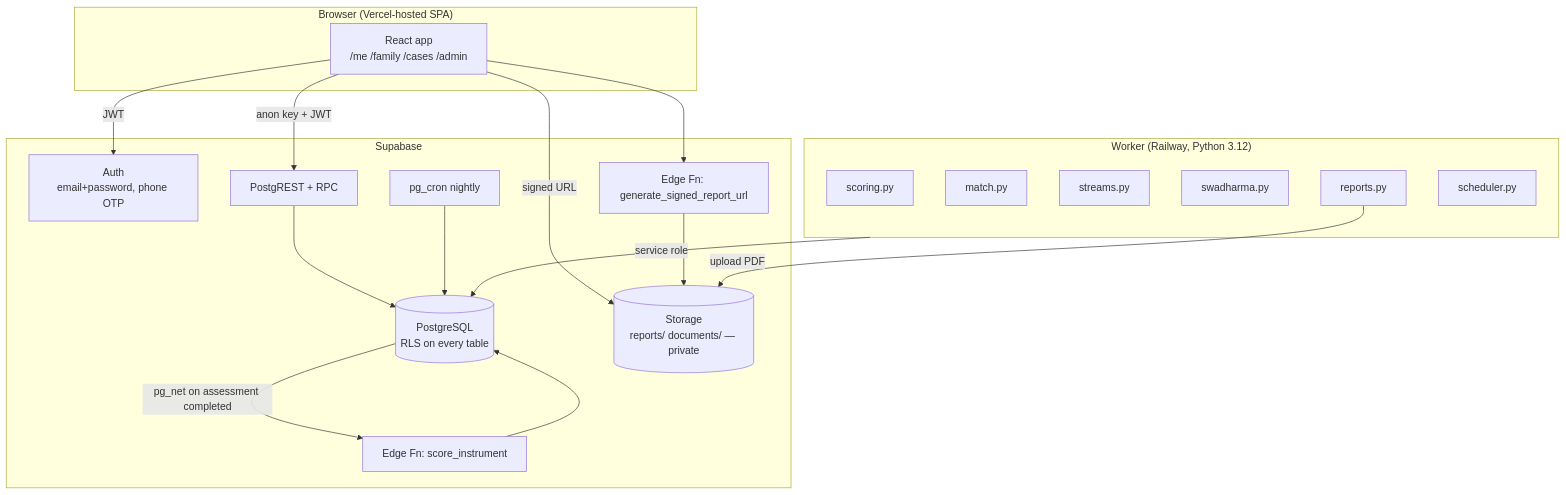
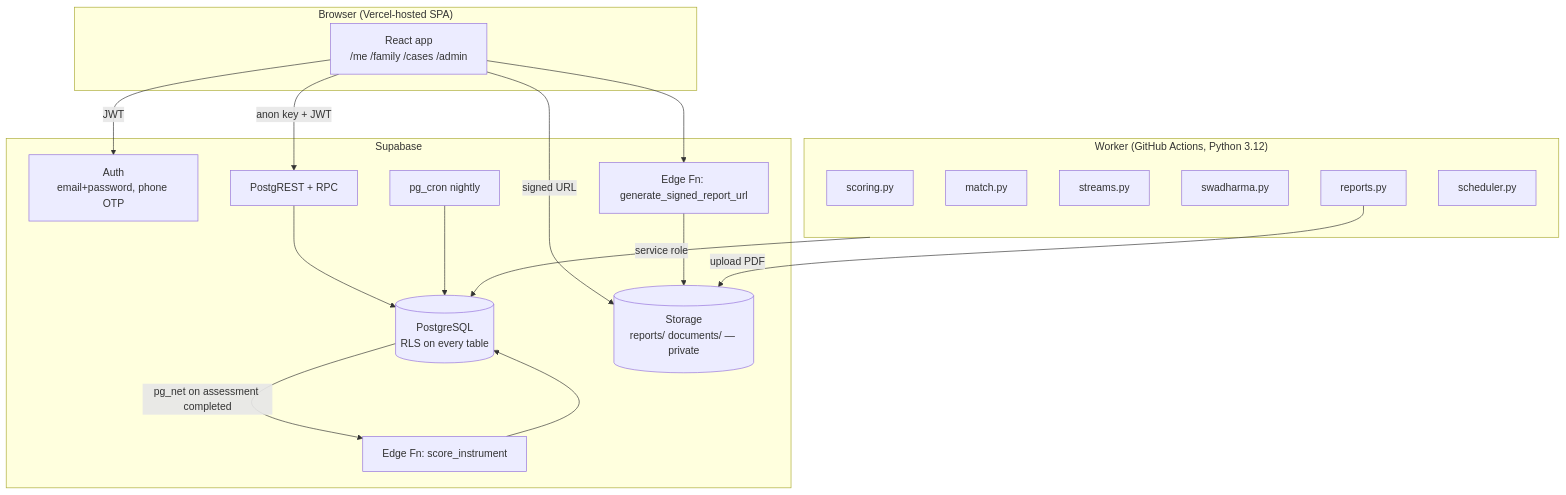
The first of 5 diagrams in docs/design/HLD.md (ys77-max/SwadharmaPath), drawn with Mermaid before and after one commit. The commit also changed other lines of this file and 7 other files, not shown here.

First line of the commit message:
Run the worker on GitHub Actions instead of Railway (#6)

````diff
--- a/docs/design/HLD.md
+++ b/docs/design/HLD.md
@@ -23,32 +23,32 @@
 ```mermaid
 flowchart TB
   subgraph Client["Browser (Vercel-hosted SPA)"]
     UI[React app<br/>/me /family /cases /admin]
   end
   subgraph SB["Supabase"]
     AUTH[Auth<br/>email+password, phone OTP]
     API[PostgREST + RPC]
     DB[(PostgreSQL<br/>RLS on every table)]
     ST[(Storage<br/>reports/ documents/ — private)]
     EF1[Edge Fn: score_instrument]
     EF2[Edge Fn: generate_signed_report_url]
     CRON[pg_cron nightly]
   end
-  subgraph W["Worker (Railway, Python 3.12)"]
+  subgraph W["Worker (GitHub Actions, Python 3.12)"]
     SC[scoring.py]
     MA[match.py]
     STR[streams.py]
     SW[swadharma.py]
     RP[reports.py]
     SCH[scheduler.py]
   end
   UI -- JWT --> AUTH
   UI -- anon key + JWT --> API --> DB
   UI -- signed URL --> ST
   UI --> EF2 --> ST
   DB -- pg_net on assessment completed --> EF1
   EF1 --> DB
   CRON --> DB
   W -- service role --> DB
   RP -- upload PDF --> ST
 ```
````
